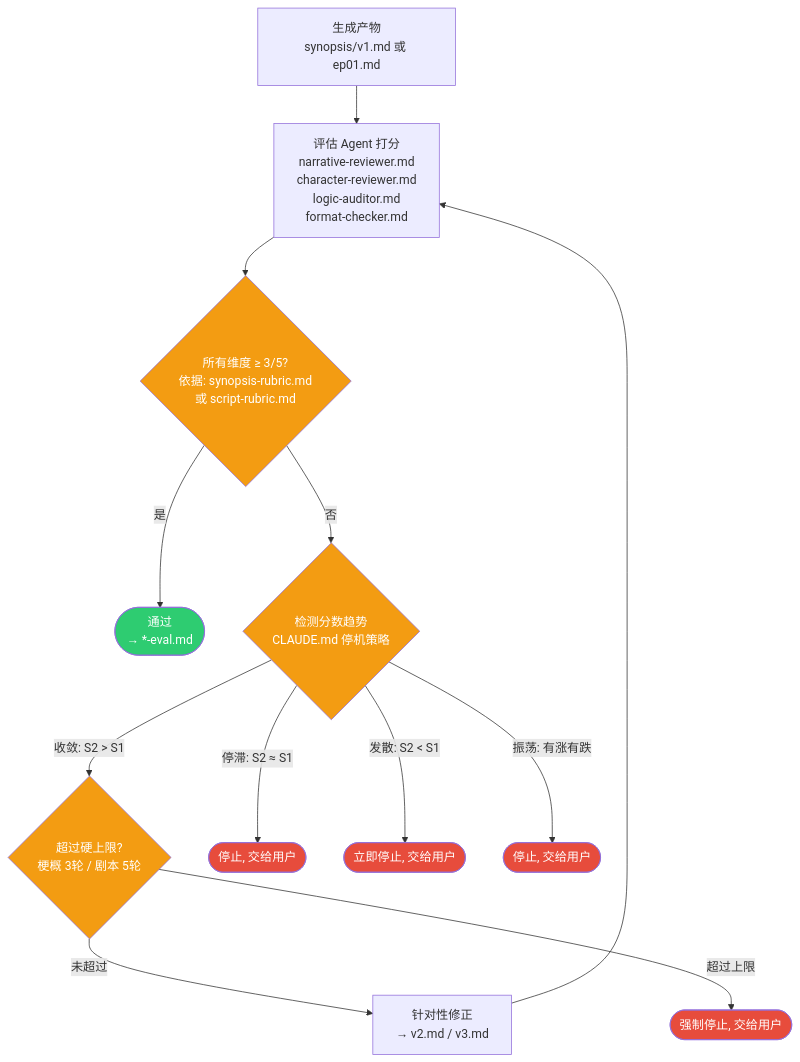
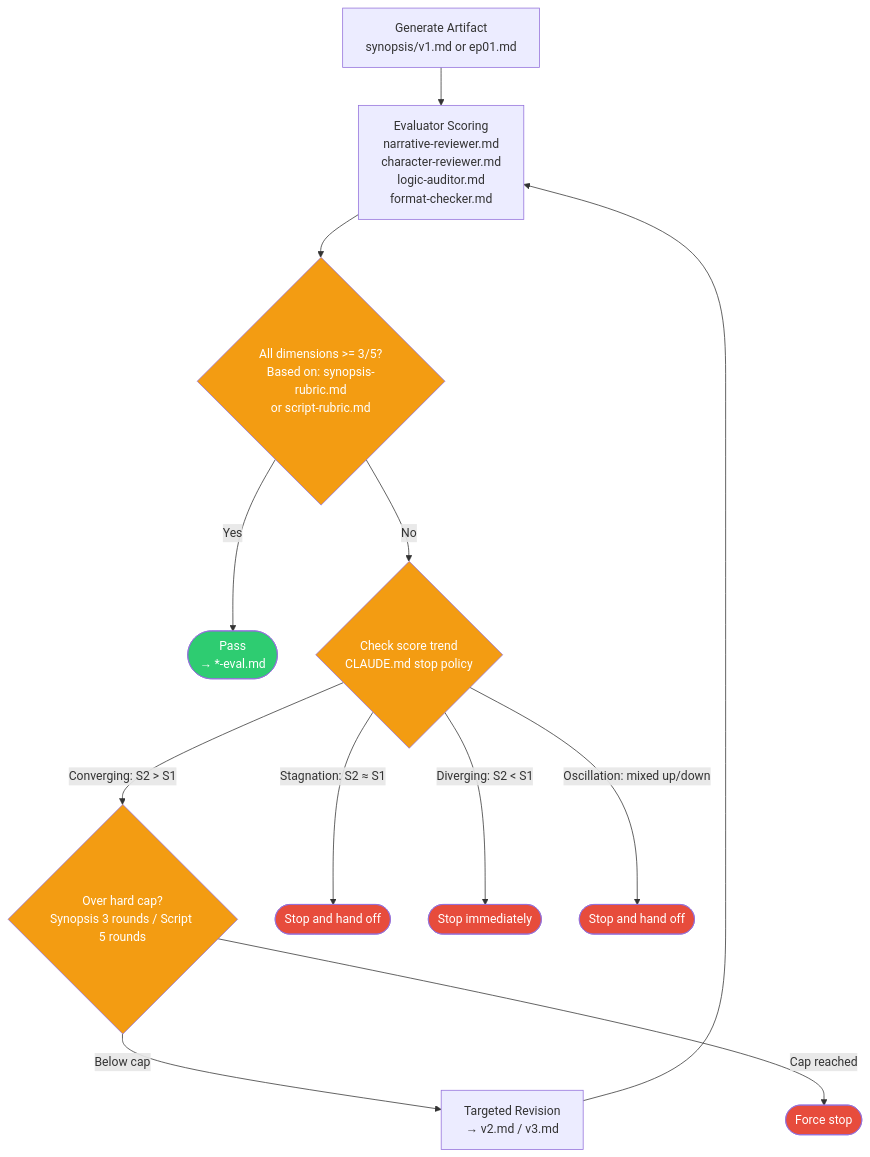
Before and after one commit to zhiyuzi/StoryForge: the third of 3 diagrams in README.en.md, drawn with Mermaid. The commit also changed other lines of this file, not shown here.

Commit message:
docs(readme): translate english mermaid labels

````diff
--- a/README.en.md
+++ b/README.en.md
@@ -161,22 +161,22 @@
 ```mermaid
 flowchart TD
-    A["生成产物<br>synopsis/v1.md 或 ep01.md"] --> B["评估 Agent 打分<br>narrative-reviewer.md<br>character-reviewer.md<br>logic-auditor.md<br>format-checker.md"]
-    B --> C{"所有维度 ≥ 3/5?<br>依据: synopsis-rubric.md<br>或 script-rubric.md"}
-    C -->|是| D(["通过<br>→ *-eval.md"])
-    C -->|否| E{"检测分数趋势<br>CLAUDE.md 停机策略"}
-    E -->|"收敛: S2 > S1"| F{"超过硬上限?<br>梗概 3轮 / 剧本 5轮"}
-    E -->|"停滞: S2 ≈ S1"| G(["停止, 交给用户"])
-    E -->|"发散: S2 < S1"| H(["立即停止, 交给用户"])
-    E -->|"振荡: 有涨有跌"| I(["停止, 交给用户"])
-    F -->|未超过| J["针对性修正<br>→ v2.md / v3.md"]
-    F -->|超过上限| K(["强制停止, 交给用户"])
+    A["Generate Artifact<br>synopsis/v1.md or ep01.md"] --> B["Evaluator Scoring<br>narrative-reviewer.md<br>character-reviewer.md<br>logic-auditor.md<br>format-checker.md"]
+    B --> C{"All dimensions >= 3/5?<br>Based on: synopsis-rubric.md<br>or script-rubric.md"}
+    C -->|Yes| D(["Pass<br>→ *-eval.md"])
+    C -->|No| E{"Check score trend<br>CLAUDE.md stop policy"}
+    E -->|"Converging: S2 > S1"| F{"Over hard cap?<br>Synopsis 3 rounds / Script 5 rounds"}
+    E -->|"Stagnation: S2 ≈ S1"| G(["Stop and hand off"])
+    E -->|"Diverging: S2 < S1"| H(["Stop immediately"])
+    E -->|"Oscillation: mixed up/down"| I(["Stop and hand off"])
+    F -->|Below cap| J["Targeted Revision<br>→ v2.md / v3.md"]
+    F -->|Cap reached| K(["Force stop"])
     J --> B
 
     classDef pass fill:#2ecc71,color:#fff
     classDef stop fill:#e74c3c,color:#fff
     classDef check fill:#f39c12,color:#fff
 
     class D pass
     class G,H,I,K stop
     class C,E,F check
 ```
````
